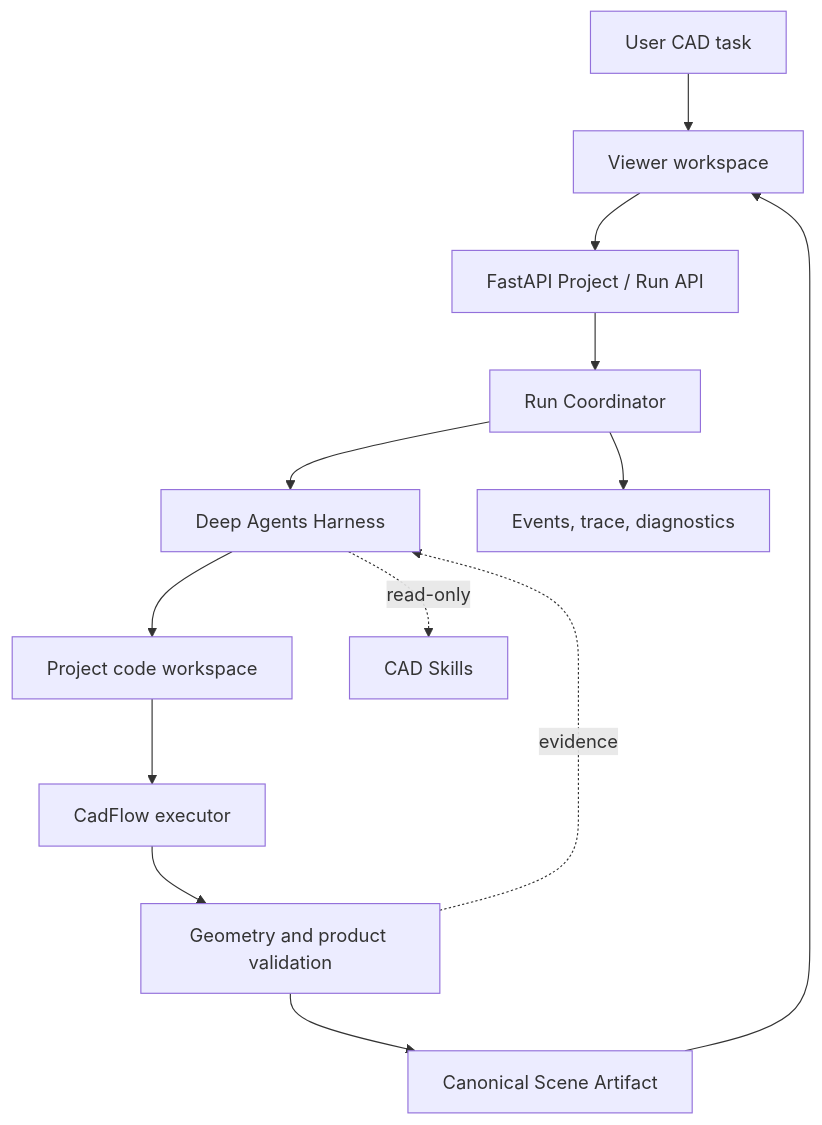
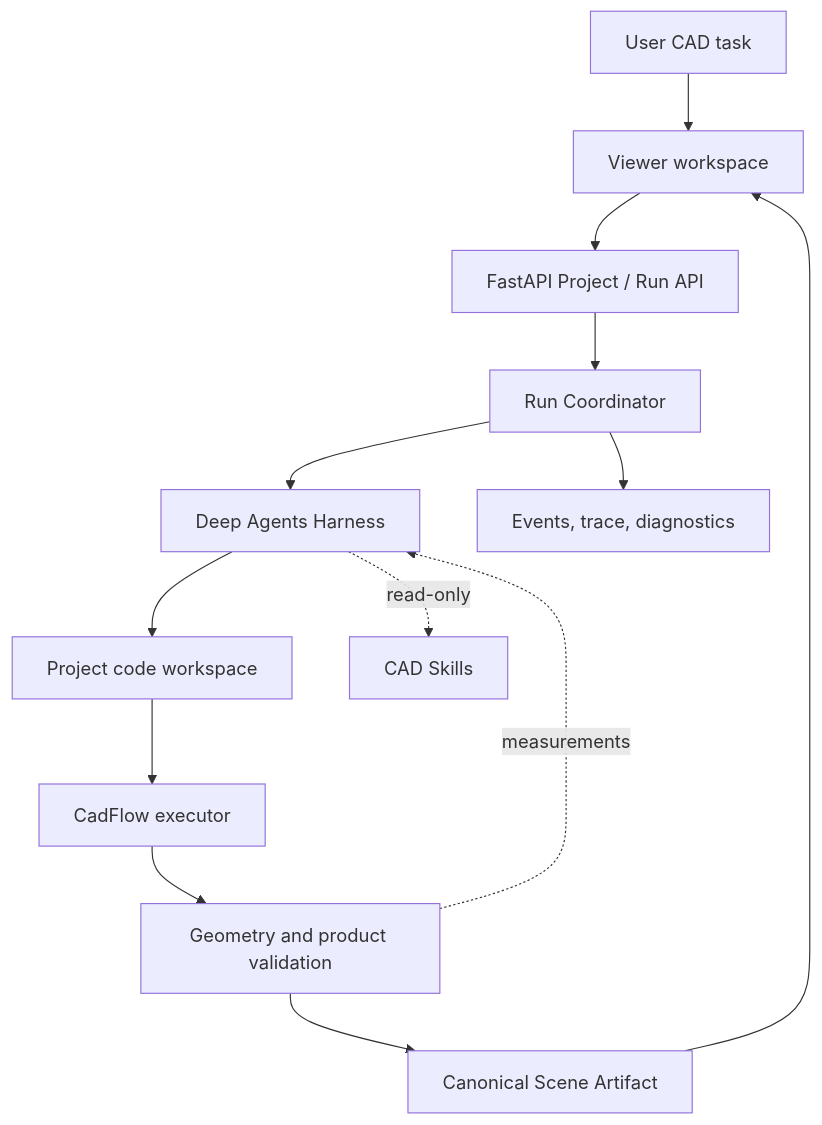
One commit to zion-zion-zion/CadFlow-Harness changed the diagram in docs/en/architecture.md. Above: the diagram before and after it, drawn with Mermaid. The commit also changed other lines of this file and 39 other files, not shown here.

````diff
--- a/docs/en/architecture.md
+++ b/docs/en/architecture.md
@@ -6,15 +6,15 @@
 ```mermaid
 flowchart TB
     U[User CAD task] --> V[Viewer workspace]
     V --> A[FastAPI Project / Run API]
     A --> C[Run Coordinator]
     C --> H[Deep Agents Harness]
     H --> W[Project code workspace]
     W --> E[CadFlow executor]
     E --> K[Geometry and product validation]
     K --> S[Canonical Scene Artifact]
     S --> V
     C --> T[Events, trace, diagnostics]
     H -. read-only .-> R[CAD Skills]
-    K -. evidence .-> H
+    K -. measurements .-> H
 ```
````
